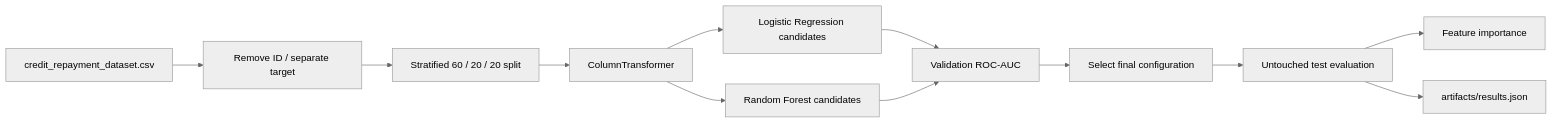
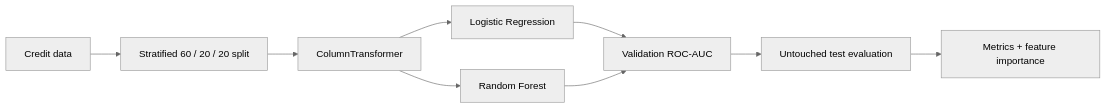
The diagram in credit-repayment-prediction/README.md (Davidkaaa33/ML-projects), drawn with Mermaid (neutral theme) before and after one commit. The commit also changed other lines of this file and 4 other files, not shown here.

````diff
--- a/credit-repayment-prediction/README.md
+++ b/credit-repayment-prediction/README.md
@@ -64,14 +16,11 @@
 ```mermaid
 flowchart LR
-    CSV[credit_repayment_dataset.csv] --> CLEAN[Remove ID / separate target]
-    CLEAN --> SPLIT[Stratified 60 / 20 / 20 split]
-    SPLIT --> PRE[ColumnTransformer]
-    PRE --> LR[Logistic Regression candidates]
-    PRE --> RF[Random Forest candidates]
-    LR --> VAL[Validation ROC-AUC]
-    RF --> VAL
-    VAL --> SELECT[Select final configuration]
-    SELECT --> TEST[Untouched test evaluation]
-    TEST --> IMP[Feature importance]
-    TEST --> JSON[artifacts/results.json]
+    D[Credit data] --> S[Stratified 60 / 20 / 20 split]
+    S --> P[ColumnTransformer]
+    P --> LR[Logistic Regression]
+    P --> RF[Random Forest]
+    LR --> V[Validation ROC-AUC]
+    RF --> V
+    V --> E[Untouched test evaluation]
+    E --> A[Metrics + feature importance]
 ```
````
